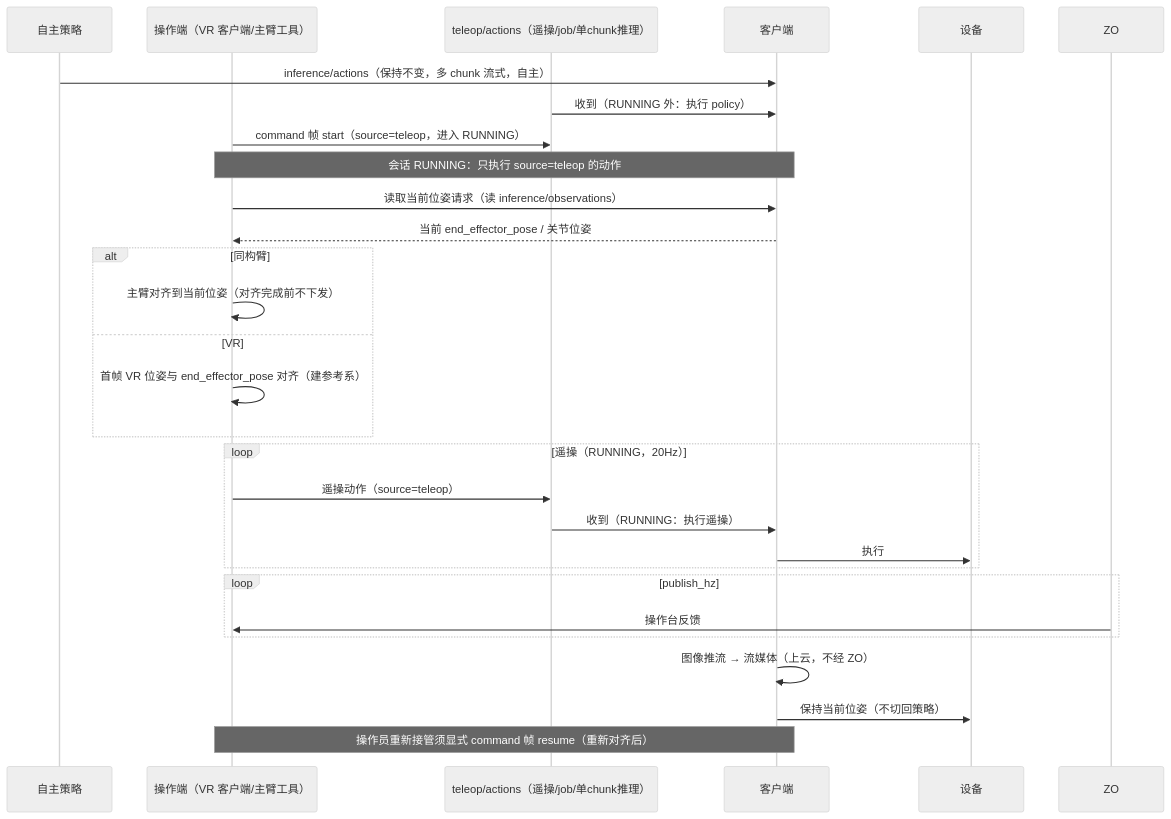
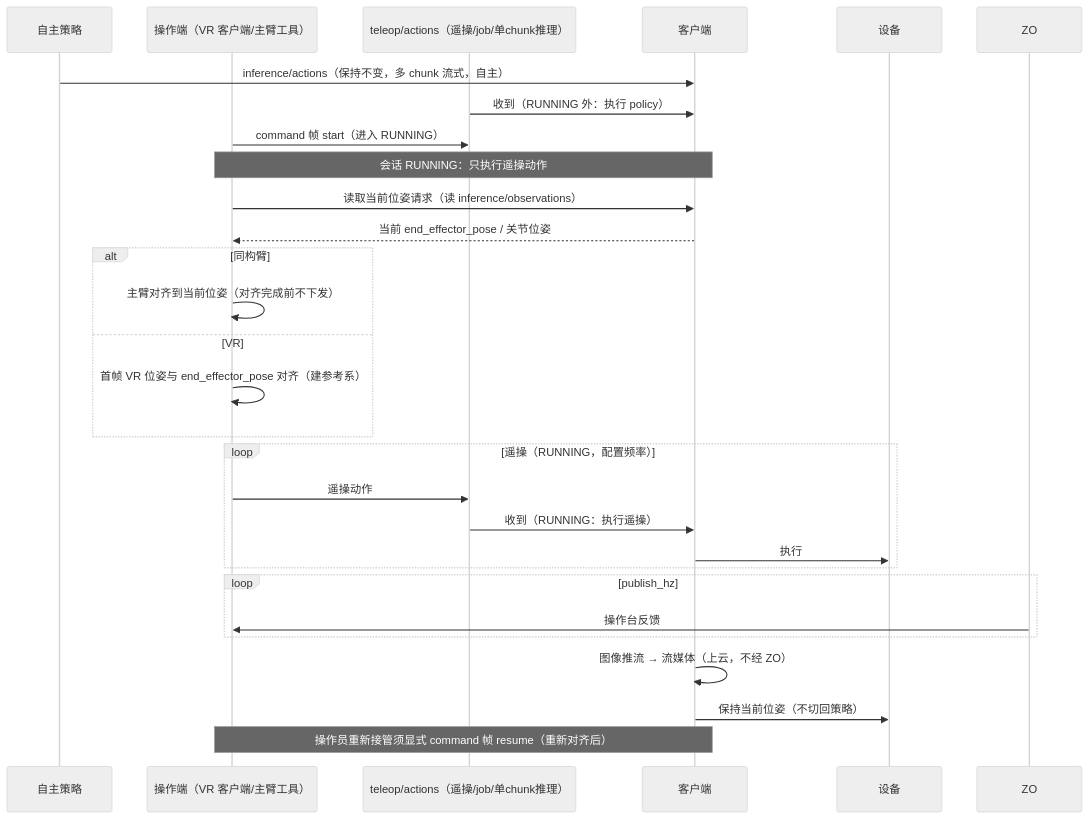
The diagram in docs/design/r2c-teleop-data-collection-design.md (vincentguiling/cloudrobo-sdk-client), drawn with Mermaid (neutral theme) before and after one commit. The commit also changed other lines of this file, not shown here.

First line of the commit message:
docs(design): v1.9——去掉 source=teleop 标记；遥操频率改为配置指定；目标段去重与背景表清理

````diff
--- a/docs/design/r2c-teleop-data-collection-design.md
+++ b/docs/design/r2c-teleop-data-collection-design.md
@@ -132,31 +129,31 @@
 ```mermaid
 sequenceDiagram
     participant P as 自主策略
     participant O as 操作端（VR 客户端/主臂工具）
     participant ZA as teleop/actions（遥操/job/单chunk推理）
     participant C as 客户端
     participant F as 设备
 
     P->>C: inference/actions（保持不变，多 chunk 流式，自主）
     ZA->>C: 收到（RUNNING 外：执行 policy）
-    O->>ZA: command 帧 start（source=teleop，进入 RUNNING）
-    Note over O,C: 会话 RUNNING：只执行 source=teleop 的动作
+    O->>ZA: command 帧 start（进入 RUNNING）
+    Note over O,C: 会话 RUNNING：只执行遥操动作
     O->>C: 读取当前位姿请求（读 inference/observations）
     C-->>O: 当前 end_effector_pose / 关节位姿
     alt 同构臂
         O->>O: 主臂对齐到当前位姿（对齐完成前不下发）
     else VR
         O->>O: 首帧 VR 位姿与 end_effector_pose 对齐（建参考系）
     end
-    loop 遥操（RUNNING，20Hz）
-        O->>ZA: 遥操动作（source=teleop）
+    loop 遥操（RUNNING，配置频率）
+        O->>ZA: 遥操动作
         ZA->>C: 收到（RUNNING：执行遥操）
         C->>F: 执行
     end
     loop publish_hz
         ZO->>O: 操作台反馈
     end
     C->>C: 图像推流 → 流媒体（上云，不经 ZO）
     C->>F: 保持当前位姿（不切回策略）
     Note over O,C: 操作员重新接管须显式 command 帧 resume（重新对齐后）
 ```
````
